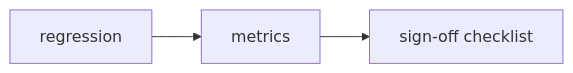
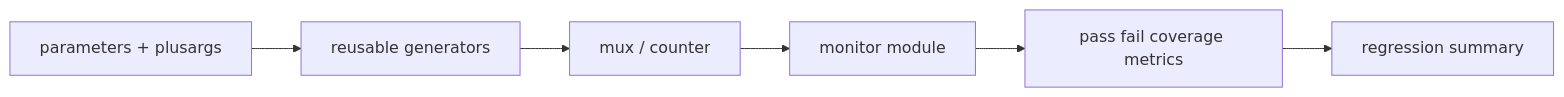
One commit to universal-verification-methodology/learn_verilator_iverilog changed the diagram in media/module8/assets/diagrams/verification_architecture.mmd. Above: the diagram before and after it, drawn with Mermaid. The commit also changed 1112 other files, not shown here.

```diff
--- a/media/module8/assets/diagrams/verification_architecture.mmd
+++ b/media/module8/assets/diagrams/verification_architecture.mmd
@@ -1,3 +1,6 @@
 flowchart LR
-  REG[regression] --> MET[metrics]
-  MET --> SIGN[sign-off checklist]
+  CFG[parameters + plusargs] --> AGENTS[reusable generators]
+  AGENTS --> DUT[mux / counter]
+  DUT --> MON[monitor module]
+  MON --> MET[pass fail coverage metrics]
+  MET --> RPT[regression summary]
```
